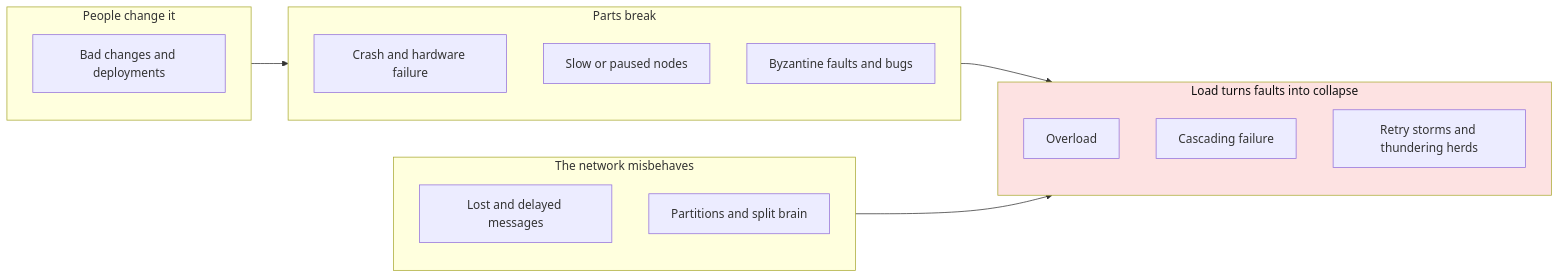
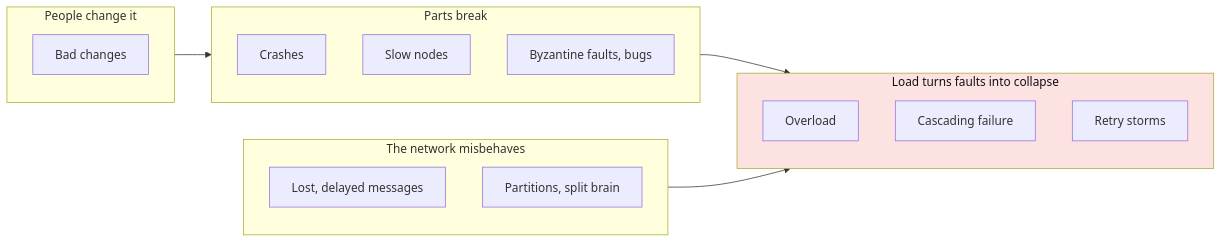
One commit to mengjiasun1992/sllmwiki-demo changed the diagram in sllmwiki/narratives/what-are-the-classic-failure-modes-of-large-scale-distributed-systems-and-their-mitigations.md. Above: the diagram before and after it, drawn with Mermaid. The commit also changed other lines of this file and 16 other files, not shown here.

````diff
--- a/sllmwiki/narratives/what-are-the-classic-failure-modes-of-large-scale-distributed-systems-and-their-mitigations.md
+++ b/sllmwiki/narratives/what-are-the-classic-failure-modes-of-large-scale-distributed-systems-and-their-mitigations.md
@@ -42,25 +41,25 @@
 ```mermaid
 flowchart LR
     subgraph A["Parts break"]
-        A1["Crash and hardware failure"]
-        A2["Slow or paused nodes"]
-        A3["Byzantine faults and bugs"]
+        A1["Crashes"]
+        A2["Slow nodes"]
+        A3["Byzantine faults, bugs"]
     end
     subgraph B["The network misbehaves"]
-        B1["Lost and delayed messages"]
-        B2["Partitions and split brain"]
+        B1["Lost, delayed messages"]
+        B2["Partitions, split brain"]
     end
     subgraph C["Load turns faults into collapse"]
         C1["Overload"]
         C2["Cascading failure"]
-        C3["Retry storms and thundering herds"]
+        C3["Retry storms"]
     end
     subgraph D["People change it"]
-        D1["Bad changes and deployments"]
+        D1["Bad changes"]
     end
     A --> C
     B --> C
     D --> A
     classDef amp fill:#fde2e2,color:#111
     class C amp
 ```
````
